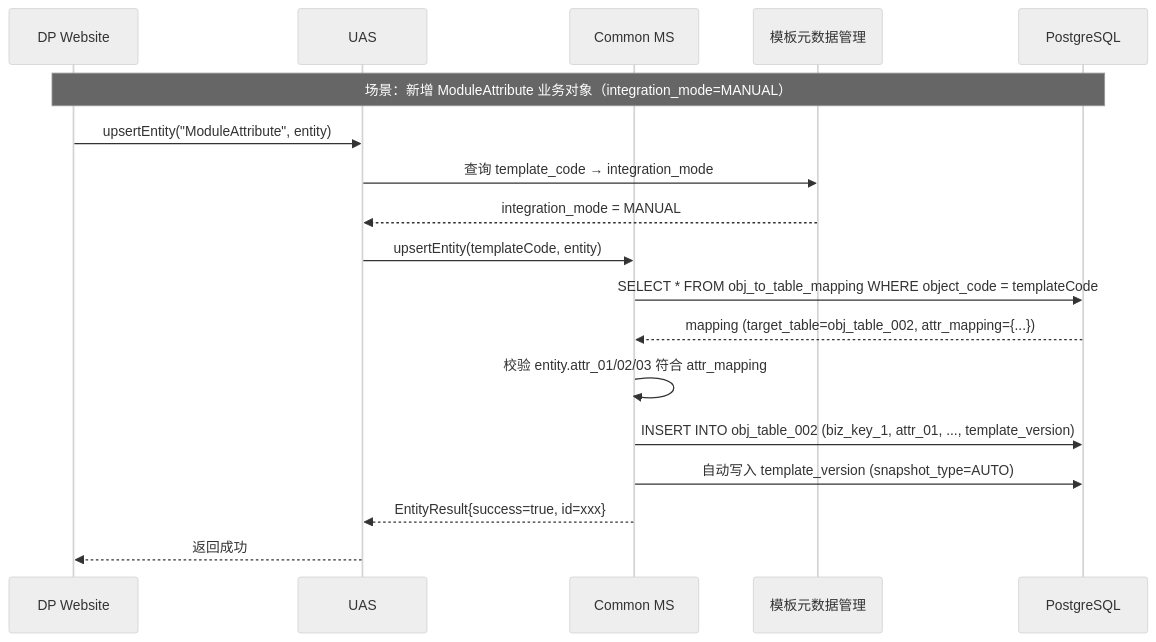
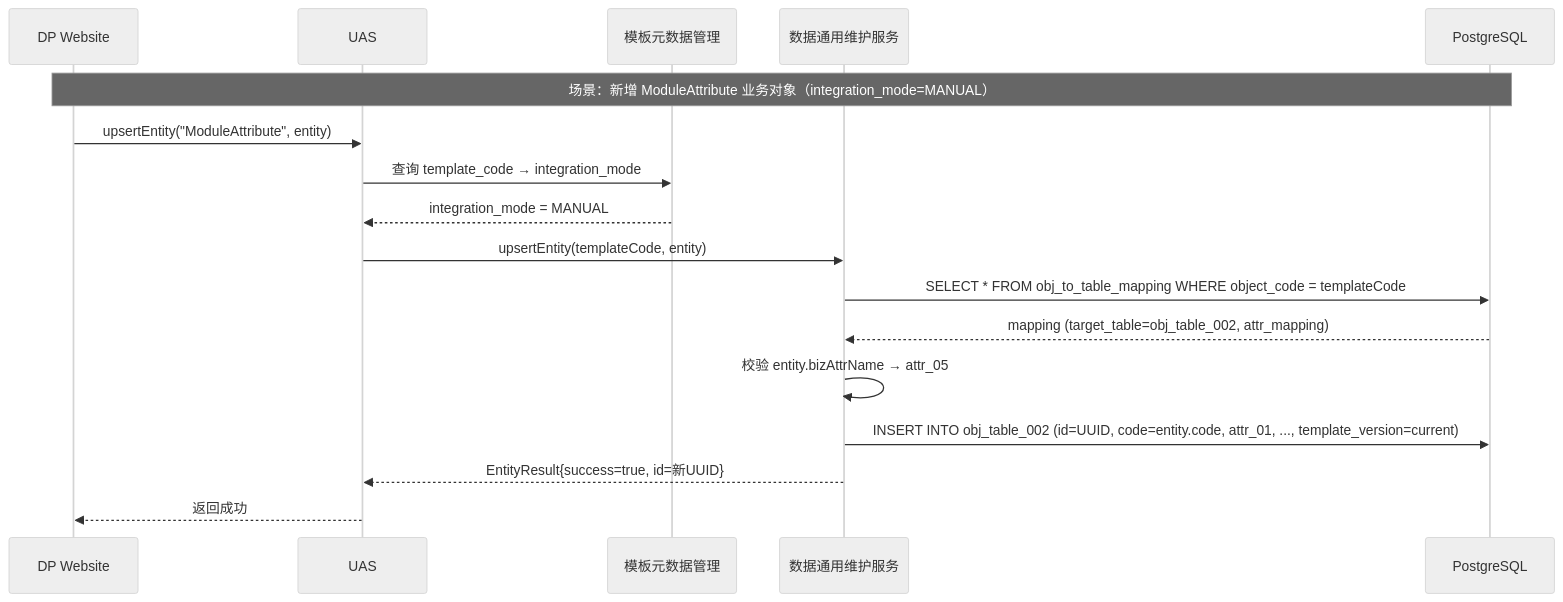
Before and after one commit to goflyboy/digitalproduct: the first of 4 diagrams in docs/adr/RFC-003-数据通用维护服务-通用对象表映射机制.md, drawn with Mermaid (neutral theme). The commit also changed other lines of this file and 2 other files, not shown here.

````diff
--- a/docs/adr/RFC-003-数据通用维护服务-通用对象表映射机制.md
+++ b/docs/adr/RFC-003-数据通用维护服务-通用对象表映射机制.md
@@ -358,21 +331,20 @@
 ```mermaid
 sequenceDiagram
     participant DP as DP Website
     participant UAS as UAS
-    participant MS as Common MS
     participant TM as 模板元数据管理
+    participant MS as 数据通用维护服务
     participant PG as PostgreSQL
 
     Note over DP,PG: 场景：新增 ModuleAttribute 业务对象（integration_mode=MANUAL）
     DP->>UAS: upsertEntity("ModuleAttribute", entity)
     UAS->>TM: 查询 template_code → integration_mode
     TM-->>UAS: integration_mode = MANUAL
     UAS->>MS: upsertEntity(templateCode, entity)
     MS->>PG: SELECT * FROM obj_to_table_mapping WHERE object_code = templateCode
-    PG-->>MS: mapping (target_table=obj_table_002, attr_mapping={...})
-    MS->>MS: 校验 entity.attr_01/02/03 符合 attr_mapping
-    MS->>PG: INSERT INTO obj_table_002 (biz_key_1, attr_01, ..., template_version)
-    MS->>PG: 自动写入 template_version (snapshot_type=AUTO)
-    MS-->>UAS: EntityResult{success=true, id=xxx}
+    PG-->>MS: mapping (target_table=obj_table_002, attr_mapping)
+    MS->>MS: 校验 entity.bizAttrName → attr_05
+    MS->>PG: INSERT INTO obj_table_002 (id=UUID, code=entity.code, attr_01, ..., template_version=current)
+    MS-->>UAS: EntityResult{success=true, id=新UUID}
     UAS-->>DP: 返回成功
 ```
````
